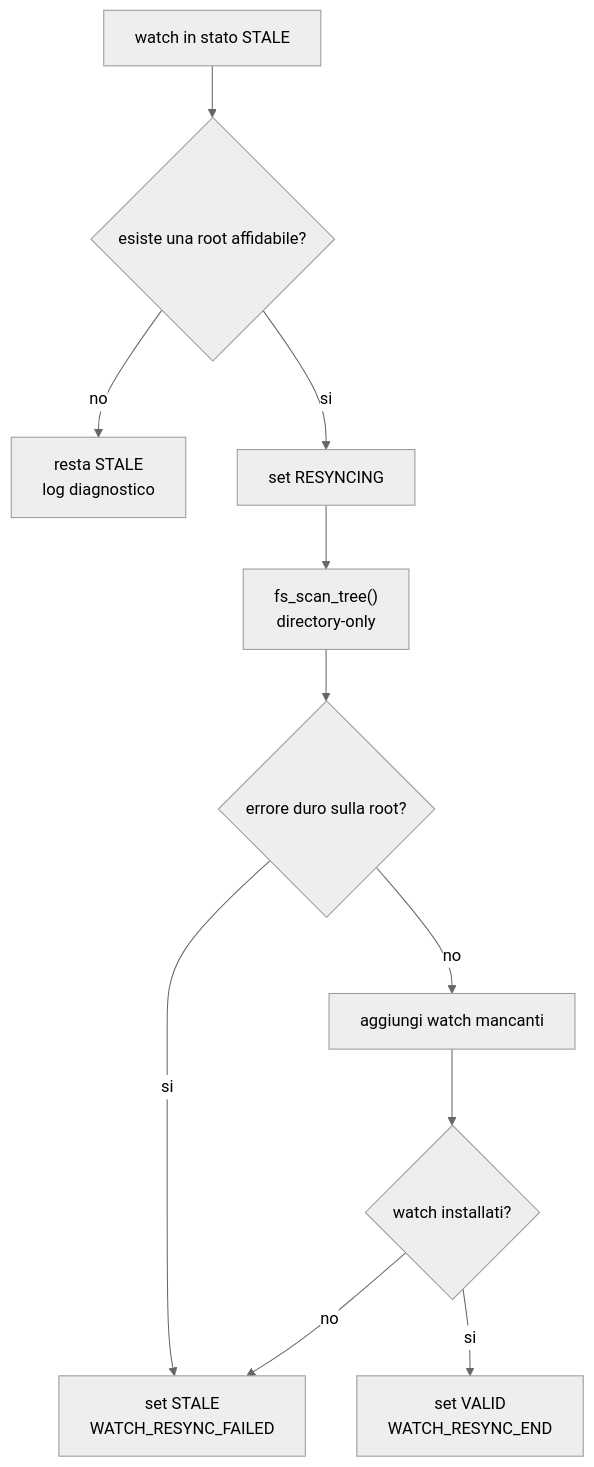
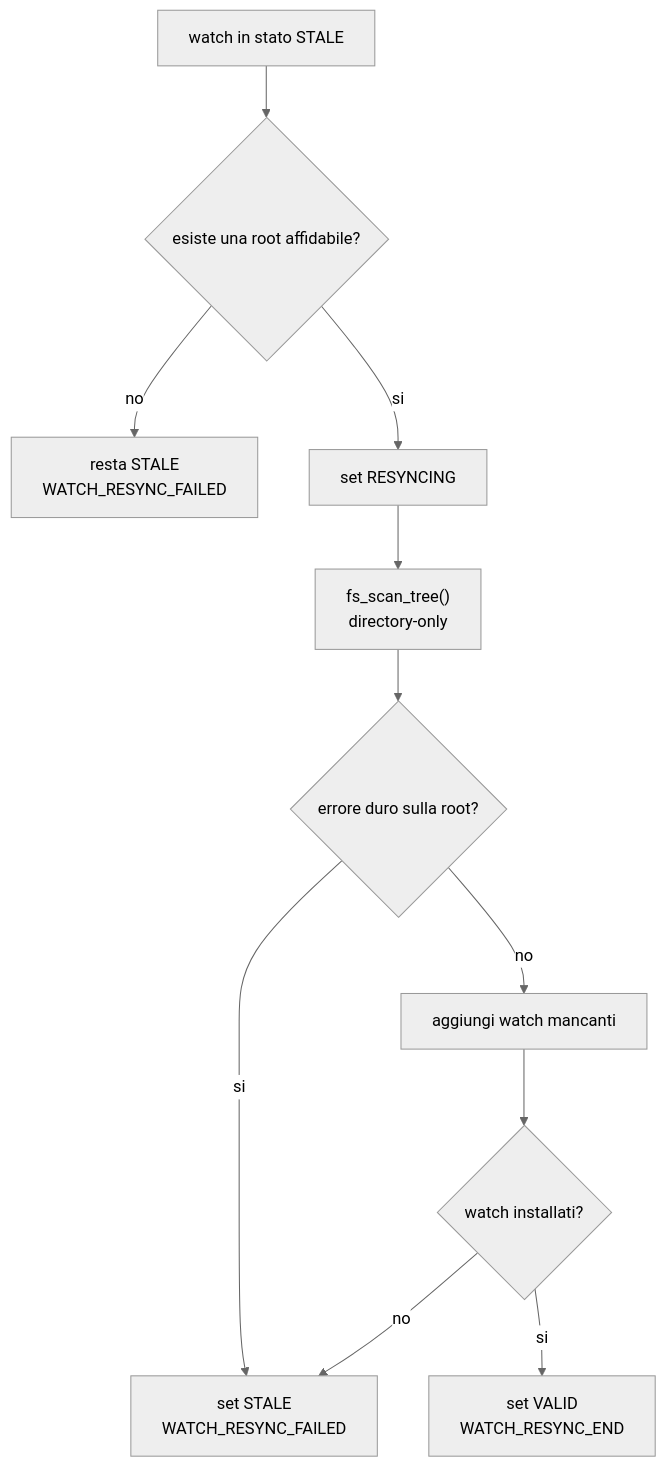
The second of 2 diagrams in docs/it/21-roadmap-scanner-resync.md (kinderp/alfred), drawn with Mermaid (neutral theme) before and after one commit. The commit also changed other lines of this file and 6 other files, not shown here.

````diff
--- a/docs/it/21-roadmap-scanner-resync.md
+++ b/docs/it/21-roadmap-scanner-resync.md
@@ -1577,13 +1599,13 @@
 ```mermaid
 flowchart TD
     A["watch in stato STALE"] --> B{"esiste una root affidabile?"}
-    B -- "no" --> C["resta STALE<br/>log diagnostico"]
+    B -- "no" --> C["resta STALE<br/>WATCH_RESYNC_FAILED"]
     B -- "si" --> D["set RESYNCING"]
     D --> E["fs_scan_tree()<br/>directory-only"]
     E --> F{"errore duro sulla root?"}
     F -- "si" --> G["set STALE<br/>WATCH_RESYNC_FAILED"]
     F -- "no" --> H["aggiungi watch mancanti"]
     H --> I{"watch installati?"}
     I -- "no" --> G
     I -- "si" --> J["set VALID<br/>WATCH_RESYNC_END"]
 ```
````
